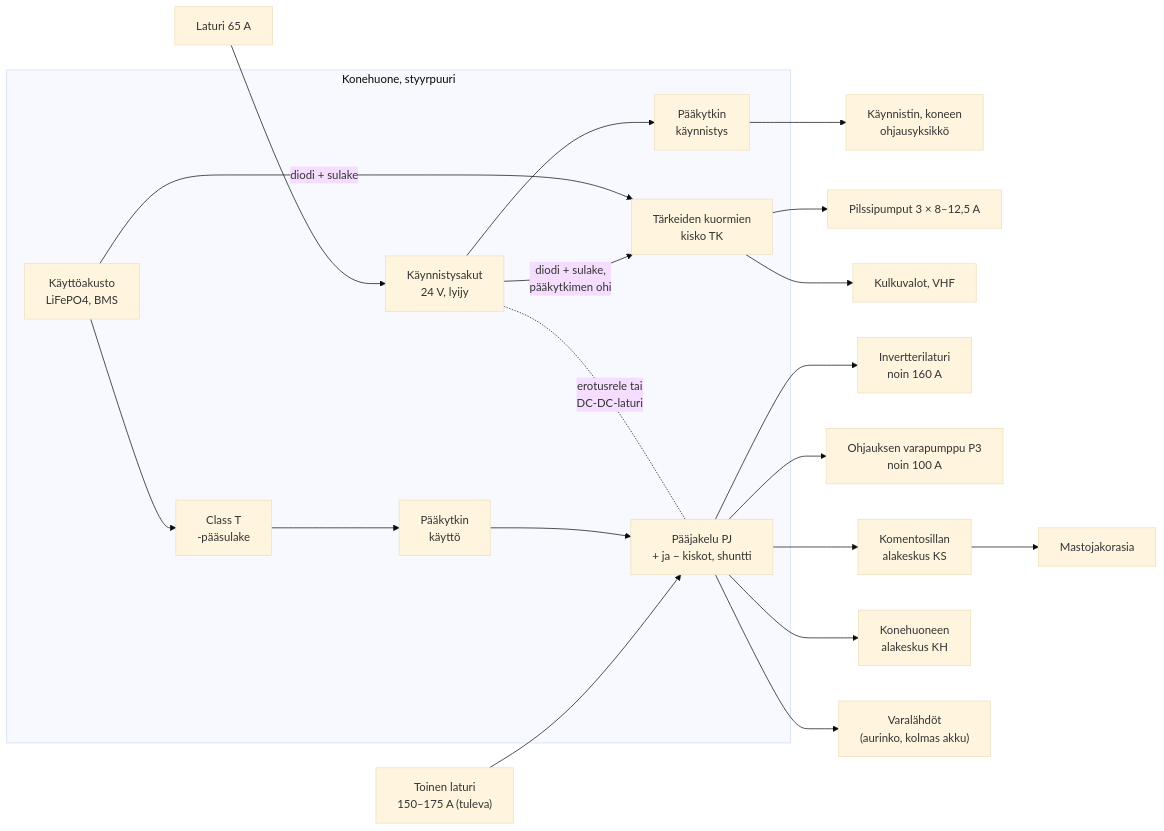
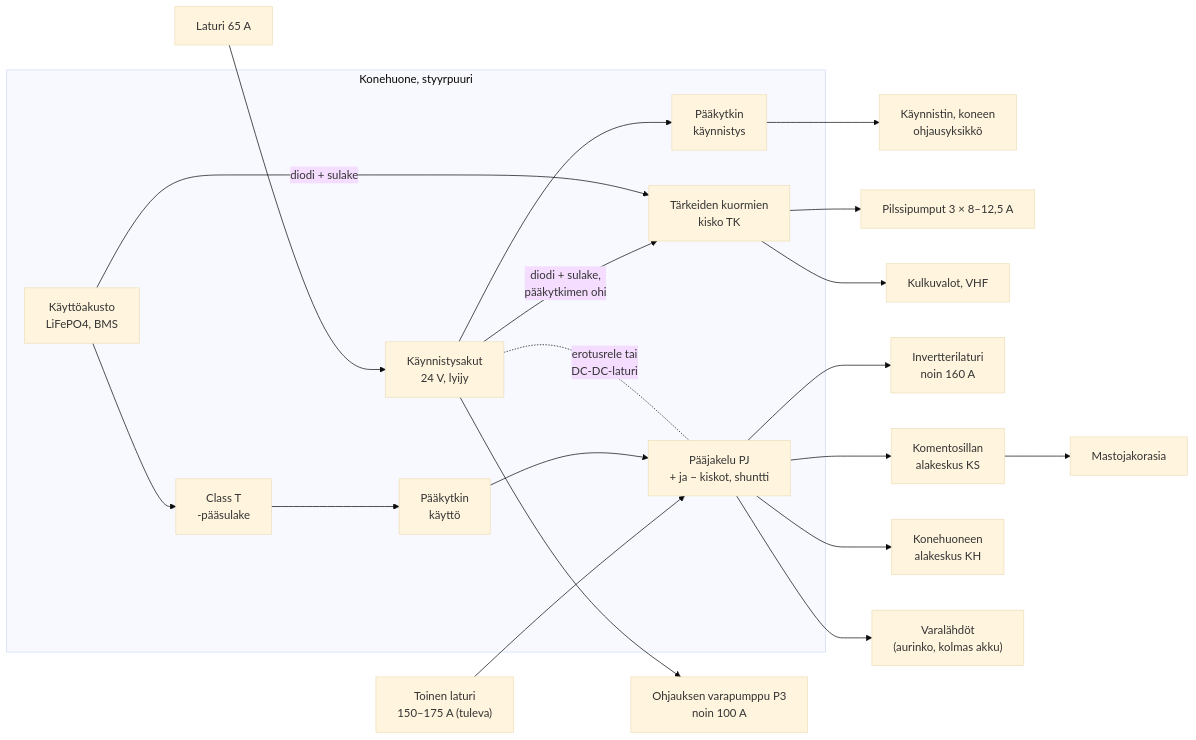
Before and after one commit to plektra/vega-systems: the diagram in electrics/design/dc-distribution.md, drawn with Mermaid (base theme). The commit also changed other lines of this file and 5 other files, not shown here.

````diff
--- a/electrics/design/dc-distribution.md
+++ b/electrics/design/dc-distribution.md
@@ -37,27 +37,27 @@
 ```mermaid
 flowchart LR
   subgraph KH_AKUT["Konehuone, styyrpuuri"]
     SB["Käynnistysakut<br/>24 V, lyijy"]
     HB["Käyttöakusto<br/>LiFePO4, BMS"]
     SW1["Pääkytkin<br/>käynnistys"]
     SW2["Pääkytkin<br/>käyttö"]
     T["Class T<br/>-pääsulake"]
     PJ["Pääjakelu PJ<br/>+ ja − kiskot, shuntti"]
     ESS["Tärkeiden kuormien<br/>kisko TK"]
   end
   ALT1["Laturi 65 A"] --> SB
   ALT2["Toinen laturi<br/>150–175 A (tuleva)"] --> PJ
   SB --> SW1 --> ENG["Käynnistin, koneen<br/>ohjausyksikkö"]
   HB --> T --> SW2 --> PJ
   SB -. "erotusrele tai<br/>DC-DC-laturi" .- PJ
   SB -->|"diodi + sulake,<br/>pääkytkimen ohi"| ESS
   HB -->|"diodi + sulake"| ESS
   ESS --> BILGE["Pilssipumput 3 × 8–12,5 A"]
   ESS --> KSE["Kulkuvalot, VHF"]
   PJ --> INV["Invertterilaturi<br/>noin 160 A"]
-  PJ --> P3["Ohjauksen varapumppu P3<br/>noin 100 A"]
+  SB --> P3["Ohjauksen varapumppu P3<br/>noin 100 A"]
   PJ --> KS["Komentosillan<br/>alakeskus KS"]
   PJ --> KHK["Konehuoneen<br/>alakeskus KH"]
   PJ --> RES["Varalähdöt<br/>(aurinko, kolmas akku)"]
   KS --> MAST["Mastojakorasia"]
 ```
````
